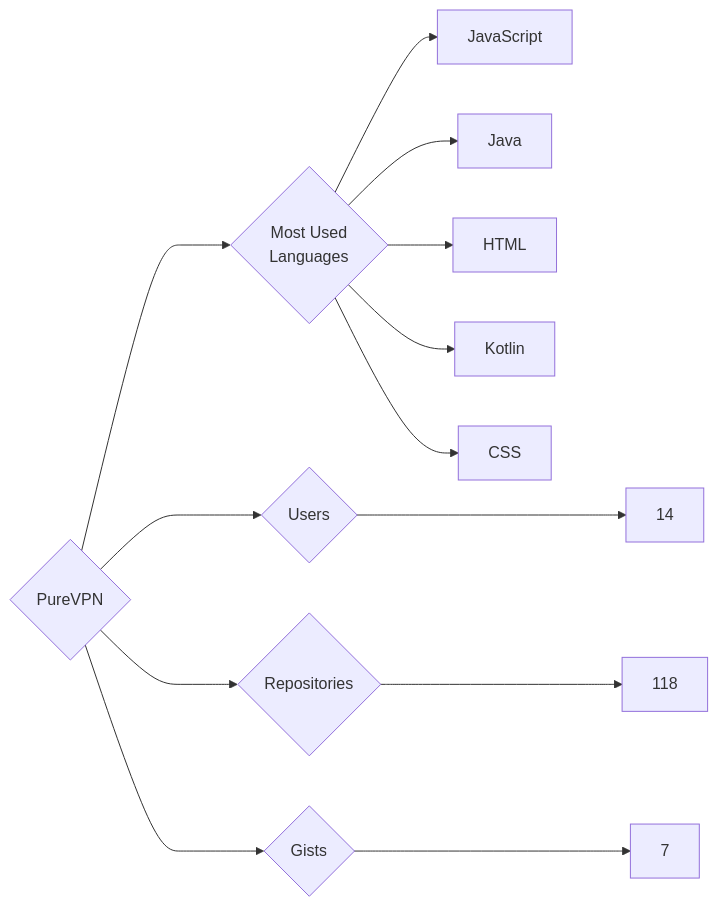
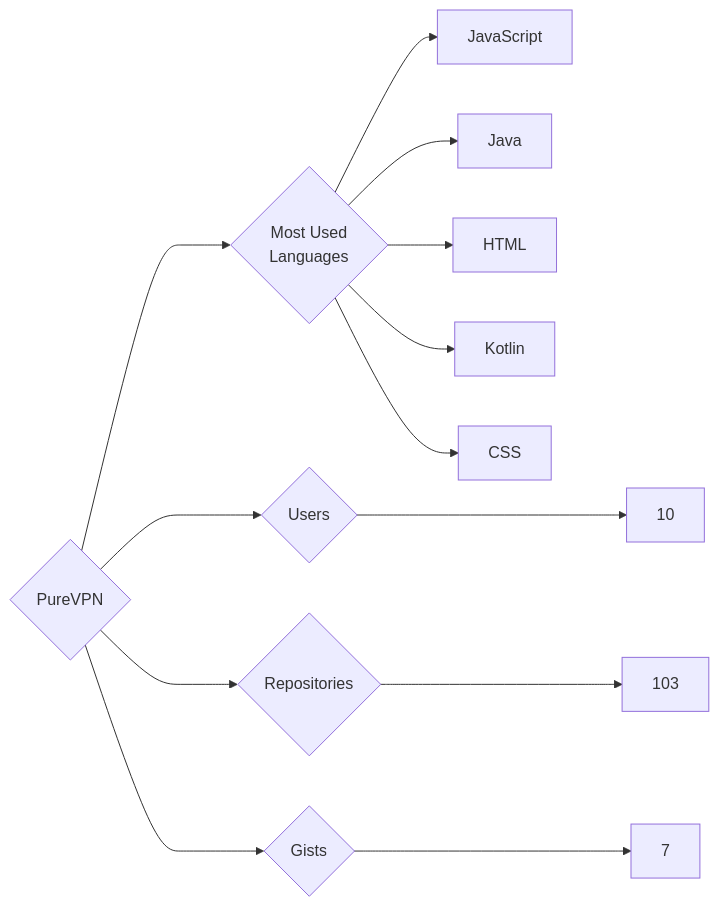
The diagram in targets/PureVPN/README.md (trickest/insiders), drawn with Mermaid before and after one commit. The commit also changed 1011 other files, not shown here.

````diff
--- a/targets/PureVPN/README.md
+++ b/targets/PureVPN/README.md
@@ -3,13 +3,13 @@
 ```mermaid
 graph LR
 COMPANY_NAME{PureVPN}
-COMPANY_NAME ---> U{Users} ---> UN[14]
-COMPANY_NAME ---> R{Repositories} ---> RN[118]
+COMPANY_NAME ---> U{Users} ---> UN[10]
+COMPANY_NAME ---> R{Repositories} ---> RN[103]
 COMPANY_NAME ---> G{Gists} ---> GN[7]
 COMPANY_NAME ---> ML{Most Used<br>Languages}
 ML --> JavaScript[JavaScript]
 ML --> Java[Java]
 ML --> HTML[HTML]
 ML --> Kotlin[Kotlin]
 ML --> CSS[CSS]
 ```
````
